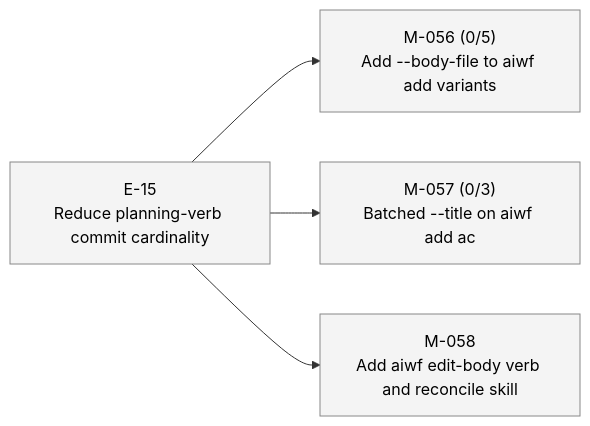
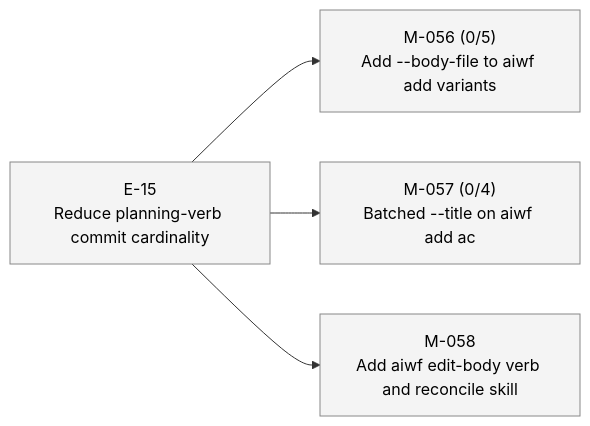
The third of 3 diagrams in STATUS.md (23min/aiwf), drawn with Mermaid before and after one commit. The commit also changed other lines of this file and 1 other file, not shown here.

First line of the commit message:
aiwf add ac M-057/AC-4 "Single commit produced regardless of N (one or many ACs)"

````diff
--- a/STATUS.md
+++ b/STATUS.md
@@ -69,16 +69,16 @@
 ```mermaid
 flowchart LR
   E_15["E-15<br/>Reduce planning-verb commit cardinality"]:::epic_proposed
   M_056["M-056 (0/5)<br/>Add --body-file to aiwf add variants"]:::ms_draft
   E_15 --> M_056
-  M_057["M-057 (0/3)<br/>Batched --title on aiwf add ac"]:::ms_draft
+  M_057["M-057 (0/4)<br/>Batched --title on aiwf add ac"]:::ms_draft
   E_15 --> M_057
   M_058["M-058<br/>Add aiwf edit-body verb and reconcile skill"]:::ms_draft
   E_15 --> M_058
   classDef epic_active fill:#d6eaff,stroke:#1a73e8,color:#000
   classDef epic_proposed fill:#f4f4f4,stroke:#888,color:#000
   classDef ms_done fill:#d8f5d8,stroke:#2a8a2a,color:#000
   classDef ms_in_progress fill:#fff3c4,stroke:#caa400,color:#000
   classDef ms_draft fill:#f4f4f4,stroke:#888,color:#000
   classDef ms_cancelled fill:#fbeaea,stroke:#c33,color:#000
 ```
````
